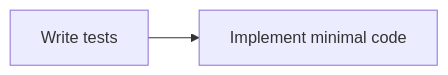
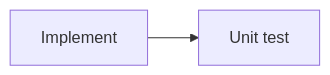
The third of 6 diagrams in docs/adr-003-v-model-workflow.md (rkristelijn/llama-cli), drawn with Mermaid before and after one commit. The commit also changed other lines of this file, not shown here.

Commit message:
docs: restructure workflow into Define, Build, Test, Audit, Release

````diff
--- a/docs/adr-003-v-model-workflow.md
+++ b/docs/adr-003-v-model-workflow.md
@@ -27,4 +27,4 @@
 ```mermaid
 graph LR
-    E[Write tests] --> F[Implement minimal code]
+    E[Implement] --> F[Unit test]
 ```
````
